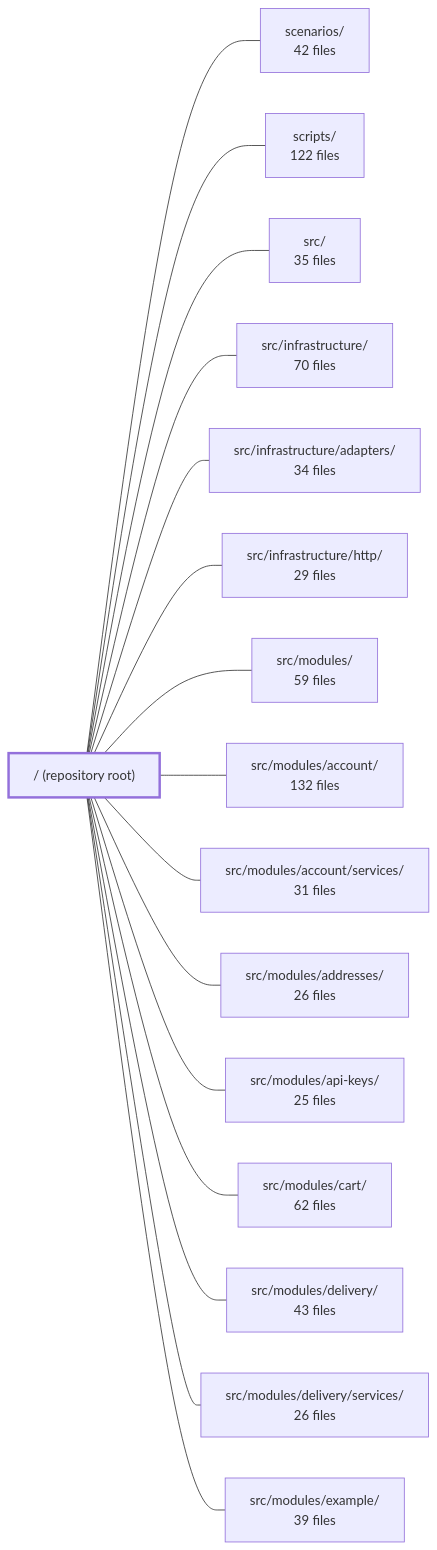
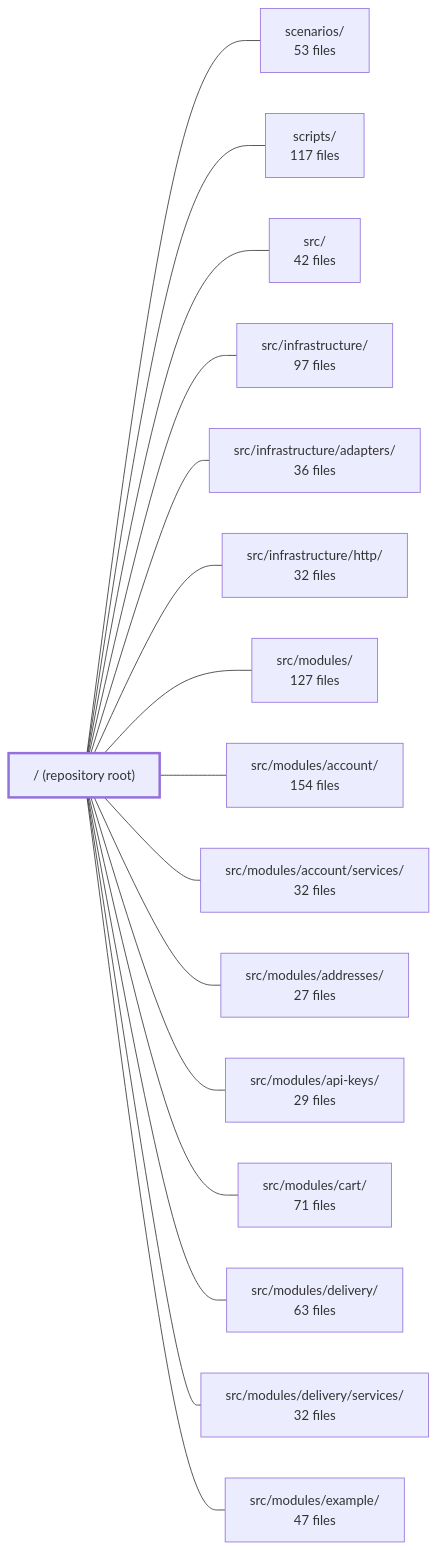
Before and after one commit to Guebbit/boilerplate-node-backend: the diagram in .2brain/modules/boilerplate-node-backend_ROOT.md, drawn with Mermaid. The commit also changed other lines of this file and 1775 other files, not shown here.

````diff
--- a/.2brain/modules/boilerplate-node-backend_ROOT.md
+++ b/.2brain/modules/boilerplate-node-backend_ROOT.md
@@ -43,35 +41,35 @@
 ```mermaid
 flowchart LR
     m_root["/ (repository root)"]
-    m_scenarios["scenarios/<br/>42 files"]
-    m_scripts["scripts/<br/>122 files"]
-    m_src["src/<br/>35 files"]
-    m_src_infrastructure["src/infrastructure/<br/>70 files"]
-    m_src_infrastructure_adapters["src/infrastructure/adapters/<br/>34 files"]
-    m_src_infrastructure_http["src/infrastructure/http/<br/>29 files"]
-    m_src_modules["src/modules/<br/>59 files"]
-    m_src_modules_account["src/modules/account/<br/>132 files"]
-    m_src_modules_account_services["src/modules/account/services/<br/>31 files"]
-    m_src_modules_addresses["src/modules/addresses/<br/>26 files"]
-    m_src_modules_api_keys["src/modules/api-keys/<br/>25 files"]
-    m_src_modules_cart["src/modules/cart/<br/>62 files"]
-    m_src_modules_delivery["src/modules/delivery/<br/>43 files"]
-    m_src_modules_delivery_services["src/modules/delivery/services/<br/>26 files"]
-    m_src_modules_example["src/modules/example/<br/>39 files"]
+    m_scenarios["scenarios/<br/>53 files"]
+    m_scripts["scripts/<br/>117 files"]
+    m_src["src/<br/>42 files"]
+    m_src_infrastructure["src/infrastructure/<br/>97 files"]
+    m_src_infrastructure_adapters["src/infrastructure/adapters/<br/>36 files"]
+    m_src_infrastructure_http["src/infrastructure/http/<br/>32 files"]
+    m_src_modules["src/modules/<br/>127 files"]
+    m_src_modules_account["src/modules/account/<br/>154 files"]
+    m_src_modules_account_services["src/modules/account/services/<br/>32 files"]
+    m_src_modules_addresses["src/modules/addresses/<br/>27 files"]
+    m_src_modules_api_keys["src/modules/api-keys/<br/>29 files"]
+    m_src_modules_cart["src/modules/cart/<br/>71 files"]
+    m_src_modules_delivery["src/modules/delivery/<br/>63 files"]
+    m_src_modules_delivery_services["src/modules/delivery/services/<br/>32 files"]
+    m_src_modules_example["src/modules/example/<br/>47 files"]
     m_root --- m_scenarios
     m_root --- m_scripts
     m_root --- m_src
     m_root --- m_src_infrastructure
     m_root --- m_src_infrastructure_adapters
     m_root --- m_src_infrastructure_http
     m_root --- m_src_modules
     m_root --- m_src_modules_account
     m_root --- m_src_modules_account_services
     m_root --- m_src_modules_addresses
     m_root --- m_src_modules_api_keys
     m_root --- m_src_modules_cart
     m_root --- m_src_modules_delivery
     m_root --- m_src_modules_delivery_services
     m_root --- m_src_modules_example
     style m_root stroke-width:3px
 ```
````
